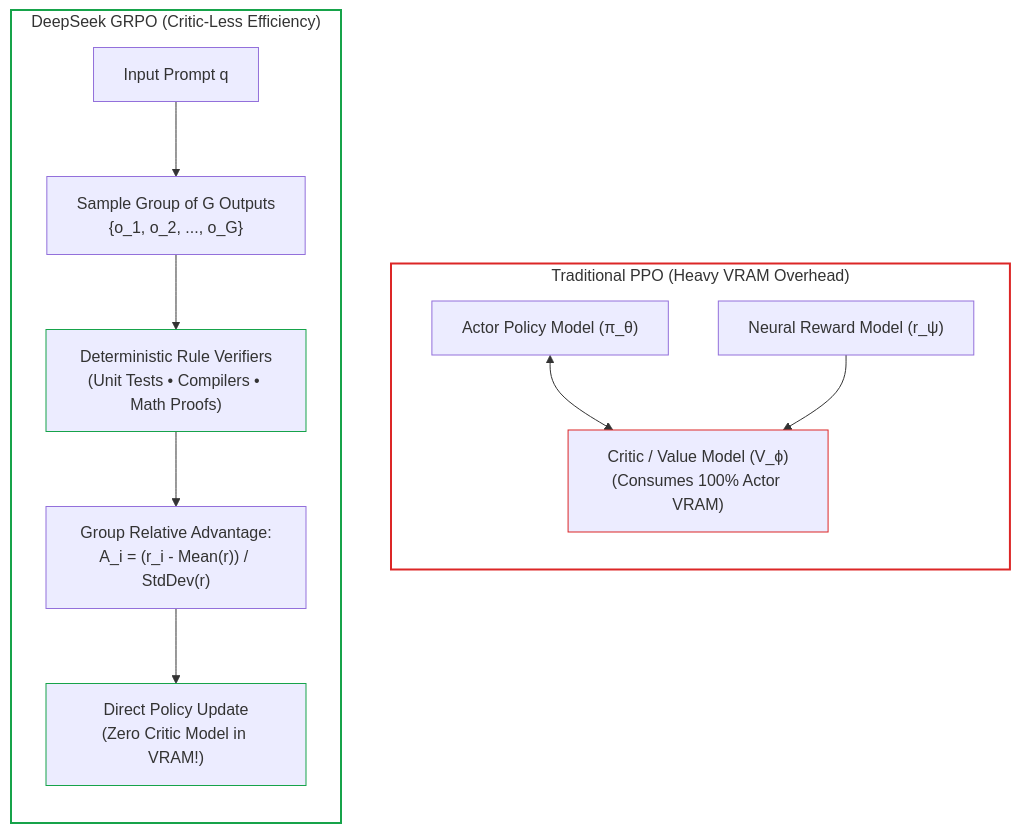
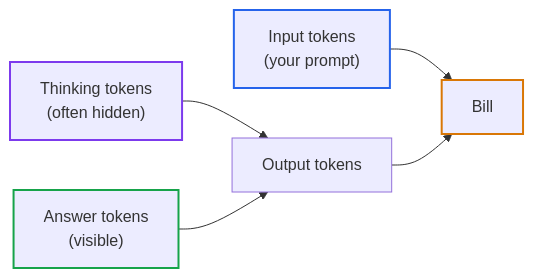
The second of 3 diagrams in 00-foundations-and-token-mechanics/04-test-time-compute-and-reasoning-models.md (dip4k/senior-engineer-to-ai-engineer-roadmap), drawn with Mermaid before and after one commit. The commit also changed other lines of this file and 49 other files, not shown here.

````diff
--- a/00-foundations-and-token-mechanics/04-test-time-compute-and-reasoning-models.md
+++ b/00-foundations-and-token-mechanics/04-test-time-compute-and-reasoning-models.md
@@ -103,26 +79,12 @@
 ```mermaid
-flowchart TD
-    subgraph PPO["Traditional PPO (Heavy VRAM Overhead)"]
-        direction TB
-        P_Actor["Actor Policy Model (π_θ)"]
-        P_Critic["Critic / Value Model (V_ϕ)<br>(Consumes 100% Actor VRAM)"]
-        P_Reward["Neural Reward Model (r_ψ)"]
-        P_Actor <--> P_Critic
-        P_Reward --> P_Critic
-    end
+flowchart LR
+    I["Input tokens<br>(your prompt)"] --> B["Bill"]
+    TH["Thinking tokens<br>(often hidden)"] --> O["Output tokens"]
+    V["Answer tokens<br>(visible)"] --> O
+    O --> B
 
-    subgraph GRPO["DeepSeek GRPO (Critic-Less Efficiency)"]
-        direction TB
-        G_Prompt["Input Prompt q"] --> G_Group["Sample Group of G Outputs<br>{o_1, o_2, ..., o_G}"]
-        G_Group --> G_Rule["Deterministic Rule Verifiers<br>(Unit Tests • Compilers • Math Proofs)"]
-        G_Rule --> G_Adv["Group Relative Advantage:<br>A_i = (r_i - Mean(r)) / StdDev(r)"]
-        G_Adv --> G_Update["Direct Policy Update<br>(Zero Critic Model in VRAM!)"]
-    end
-
-    style PPO fill:none,stroke:#dc2626,stroke-width:2px
-    style GRPO fill:none,stroke:#16a34a,stroke-width:2px
-
-    style P_Critic stroke:#dc2626,stroke-width:1px
-    style G_Rule stroke:#16a34a,stroke-width:1px
-    style G_Update stroke:#16a34a,stroke-width:1px
+    style I stroke:#2563eb,stroke-width:2px
+    style TH stroke:#7c3aed,stroke-width:2px
+    style V stroke:#16a34a,stroke-width:2px
+    style B stroke:#d97706,stroke-width:2px
 ```
````
